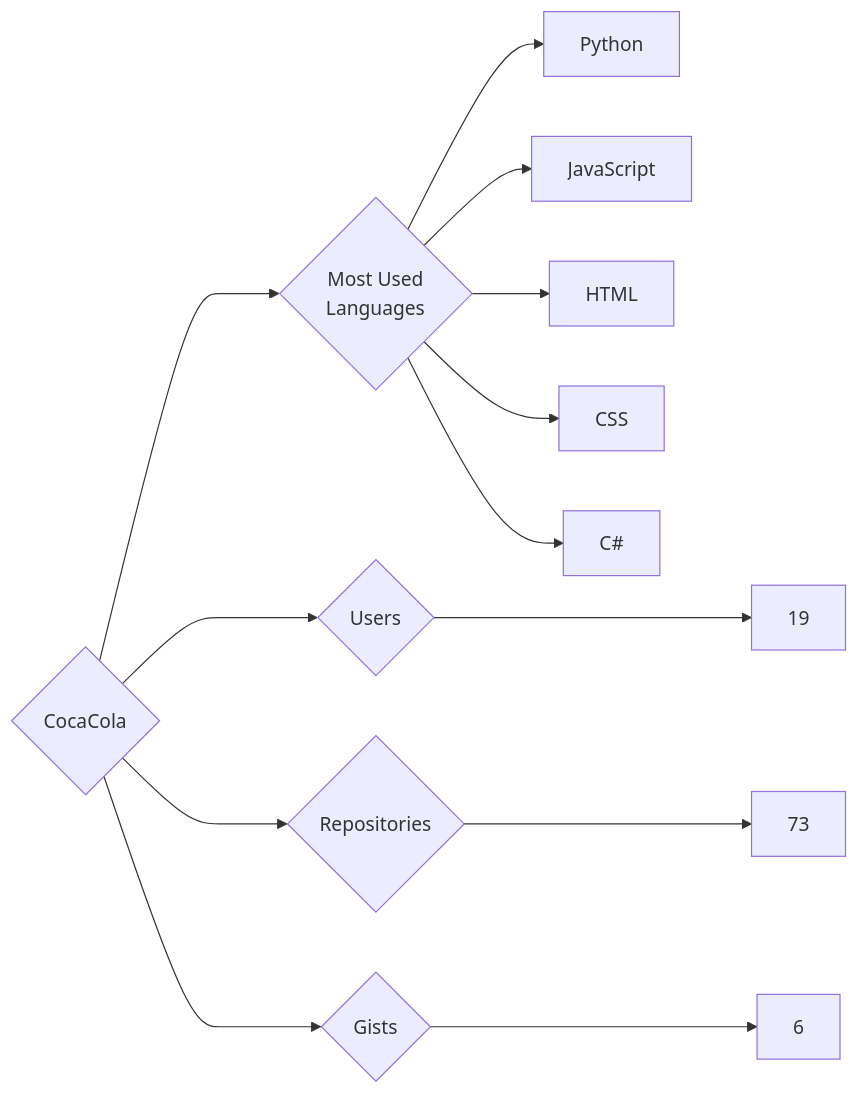
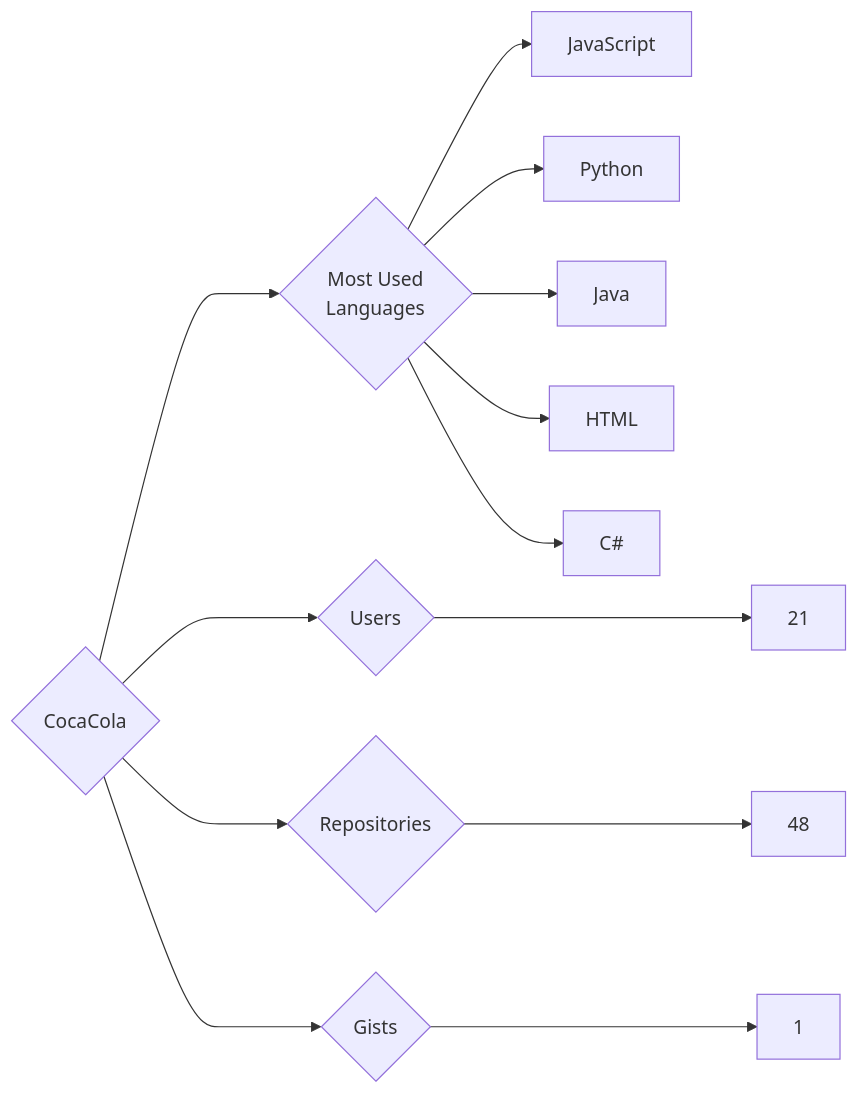
The diagram in targets/CocaCola/README.md (trickest/insiders), drawn with Mermaid before and after one commit. The commit also changed 935 other files, not shown here.

````diff
--- a/targets/CocaCola/README.md
+++ b/targets/CocaCola/README.md
@@ -3,13 +3,13 @@
 ```mermaid
 graph LR
 COMPANY_NAME{CocaCola}
-COMPANY_NAME ---> U{Users} ---> UN[19]
-COMPANY_NAME ---> R{Repositories} ---> RN[73]
-COMPANY_NAME ---> G{Gists} ---> GN[6]
+COMPANY_NAME ---> U{Users} ---> UN[21]
+COMPANY_NAME ---> R{Repositories} ---> RN[48]
+COMPANY_NAME ---> G{Gists} ---> GN[1]
 COMPANY_NAME ---> ML{Most Used<br>Languages}
+ML --> JavaScript[JavaScript]
 ML --> Python[Python]
-ML --> JavaScript[JavaScript]
+ML --> Java[Java]
 ML --> HTML[HTML]
-ML --> CSS[CSS]
 ML --> C#[C#]
 ```
````
